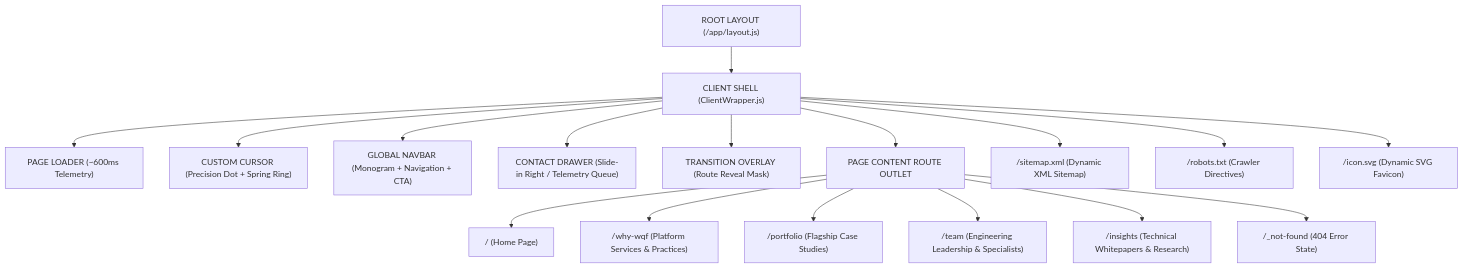
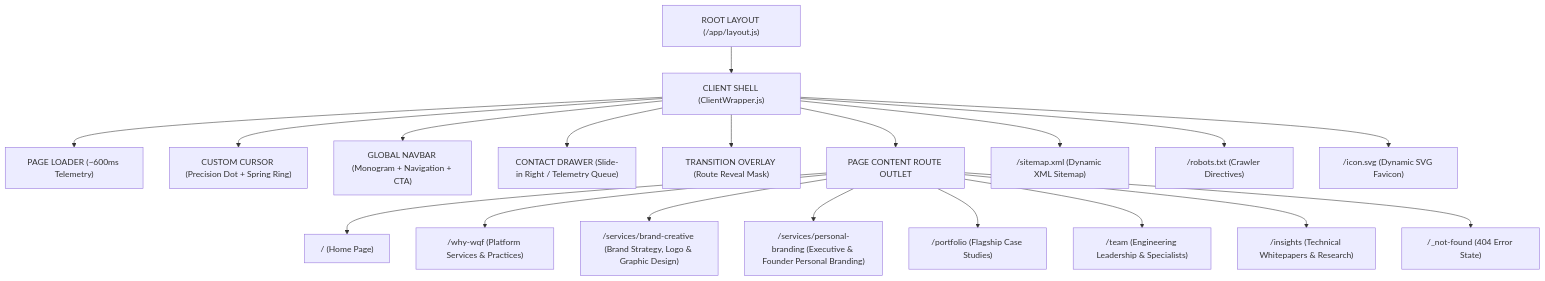
One commit to Gerat-Tech/Gerat changed the diagram in docs/progress/sitemap/SITEMAP.md. Above: the diagram before and after it, drawn with Mermaid. The commit also changed other lines of this file and 14 other files, not shown here.

````diff
--- a/docs/progress/sitemap/SITEMAP.md
+++ b/docs/progress/sitemap/SITEMAP.md
@@ -52,22 +52,24 @@
 ```mermaid
 graph TD
     Root["ROOT LAYOUT (/app/layout.js)"] --> Shell["CLIENT SHELL (ClientWrapper.js)"]
     
     Shell --> Loader["PAGE LOADER (~600ms Telemetry)"]
     Shell --> Cursor["CUSTOM CURSOR (Precision Dot + Spring Ring)"]
     Shell --> Nav["GLOBAL NAVBAR (Monogram + Navigation + CTA)"]
     Shell --> Drawer["CONTACT DRAWER (Slide-in Right / Telemetry Queue)"]
     Shell --> Overlay["TRANSITION OVERLAY (Route Reveal Mask)"]
     Shell --> MainContent["PAGE CONTENT ROUTE OUTLET"]
     
     MainContent --> P_Home["/ (Home Page)"]
     MainContent --> P_Services["/why-wqf (Platform Services & Practices)"]
+    MainContent --> P_BrandCreative["/services/brand-creative (Brand Strategy, Logo & Graphic Design)"]
+    MainContent --> P_PersonalBrand["/services/personal-branding (Executive & Founder Personal Branding)"]
     MainContent --> P_Portfolio["/portfolio (Flagship Case Studies)"]
     MainContent --> P_Team["/team (Engineering Leadership & Specialists)"]
     MainContent --> P_Insights["/insights (Technical Whitepapers & Research)"]
     MainContent --> P_NotFound["/_not-found (404 Error State)"]
 
     Shell --> S_Sitemap["/sitemap.xml (Dynamic XML Sitemap)"]
     Shell --> S_Robots["/robots.txt (Crawler Directives)"]
     Shell --> S_Icon["/icon.svg (Dynamic SVG Favicon)"]
 ```
````
